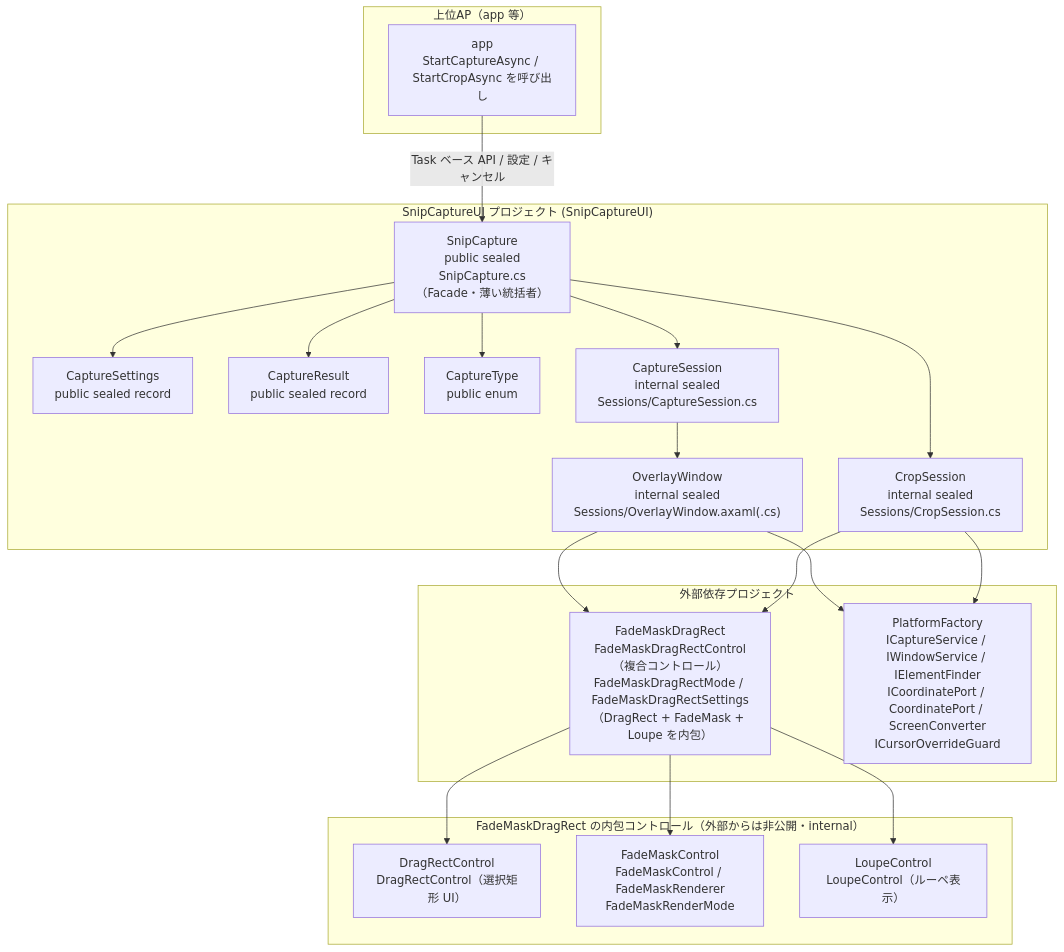
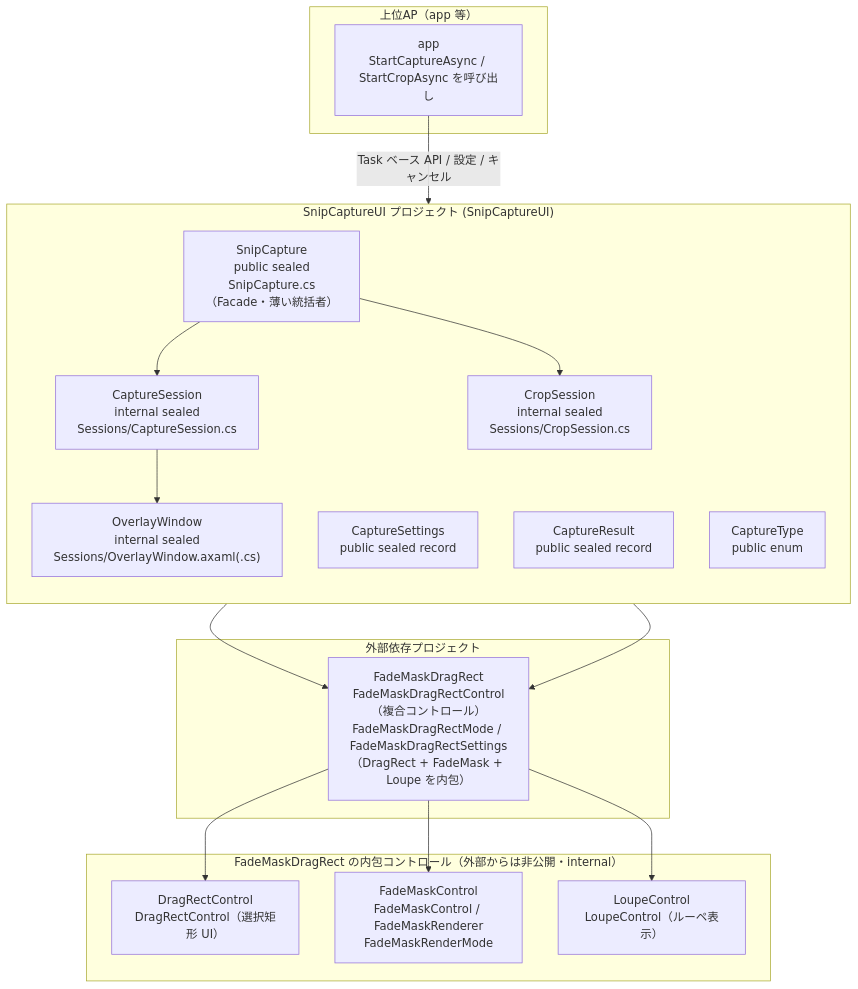
One commit to tomokuni/SaveEvidence changed the first of 2 diagrams in src/SnipCaptureUI/SPEC_System.md. Above: the diagram before and after it, drawn with Mermaid. The commit also changed other lines of this file and 50 other files, not shown here.

````diff
--- a/src/SnipCaptureUI/SPEC_System.md
+++ b/src/SnipCaptureUI/SPEC_System.md
@@ -77,39 +84,34 @@
 ```mermaid
 flowchart TB
+    subgraph Host["上位AP（app 等）"]
+        AP["app<br/>StartCaptureAsync / StartCropAsync を呼び出し"]
+    end
     subgraph SC["SnipCaptureUI プロジェクト (SnipCaptureUI)"]
+        direction TB
         Fac["SnipCapture<br/>public sealed<br/>SnipCapture.cs<br/>（Facade・薄い統括者）"]
+        CS["CaptureSession<br/>internal sealed<br/>Sessions/CaptureSession.cs"]
+        CrS["CropSession<br/>internal sealed<br/>Sessions/CropSession.cs"]
+        OW["OverlayWindow<br/>internal sealed<br/>Sessions/OverlayWindow.axaml(.cs)"]
         St["CaptureSettings<br/>public sealed record"]
         Rs["CaptureResult<br/>public sealed record"]
         Ct["CaptureType<br/>public enum"]
-        CS["CaptureSession<br/>internal sealed<br/>Sessions/CaptureSession.cs"]
-        CrS["CropSession<br/>internal sealed<br/>Sessions/CropSession.cs"]
-        OW["OverlayWindow<br/>internal sealed<br/>Sessions/OverlayWindow.axaml(.cs)"]
     end
     subgraph Dep["外部依存プロジェクト"]
         FDR["FadeMaskDragRect<br/>FadeMaskDragRectControl（複合コントロール）<br/>FadeMaskDragRectMode / FadeMaskDragRectSettings<br/>（DragRect + FadeMask + Loupe を内包）"]
-        PF["PlatformFactory<br/>ICaptureService / IWindowService / IElementFinder<br/>ICoordinatePort / CoordinatePort / ScreenConverter<br/>ICursorOverrideGuard"]
     end
     subgraph FMCInternal["FadeMaskDragRect の内包コントロール（外部からは非公開・internal）"]
         DR["DragRectControl<br/>DragRectControl（選択矩形 UI）"]
         FM["FadeMaskControl<br/>FadeMaskControl / FadeMaskRenderer<br/>FadeMaskRenderMode"]
         LP["LoupeControl<br/>LoupeControl（ルーペ表示）"]
     end
-    subgraph Host["上位AP（app 等）"]
-        AP["app<br/>StartCaptureAsync / StartCropAsync を呼び出し"]
-    end
 
+    AP -->|"Task ベース API / 設定 / キャンセル"| Fac
     Fac --> CS
     Fac --> CrS
-    Fac --> St
-    Fac --> Rs
-    Fac --> Ct
     CS --> OW
     OW --> FDR
-    OW --> PF
     CrS --> FDR
-    CrS --> PF
     FDR --> DR
     FDR --> FM
     FDR --> LP
-    AP -->|"Task ベース API / 設定 / キャンセル"| Fac
 ```
````
